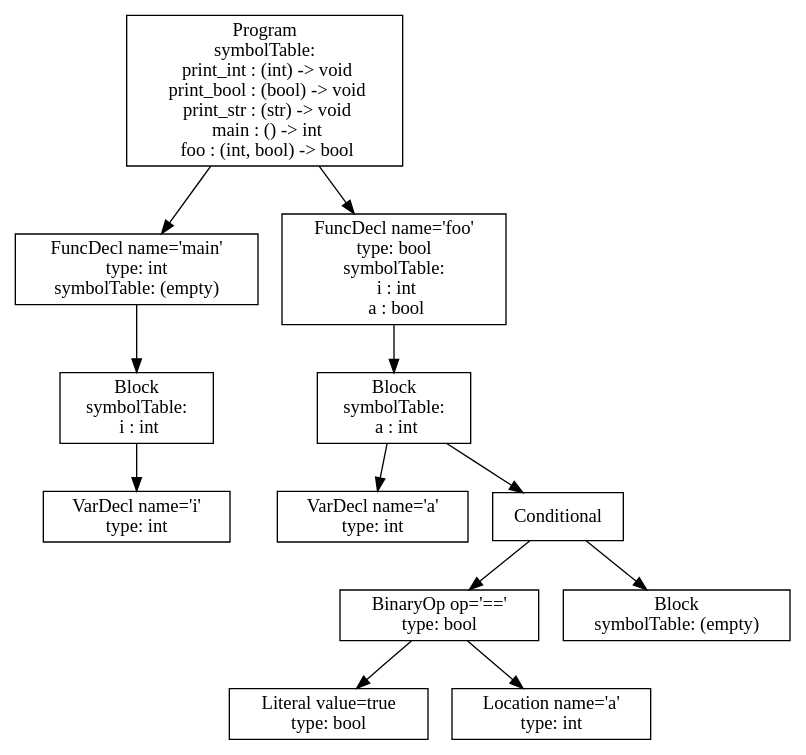
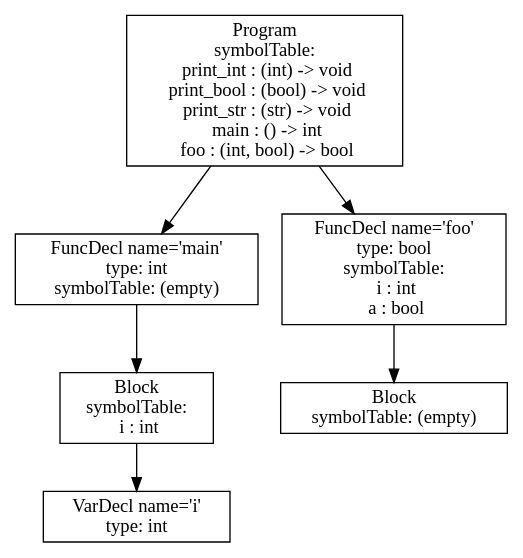
The diagram in ast.dot (vtstew/p3-analysis), drawn with Graphviz before and after one commit. The commit also changed 8 other files, not shown here.

```diff
--- a/ast.dot
+++ b/ast.dot
@@ -1,25 +1,13 @@
 digraph AST {
 3 [shape=box, label="VarDecl name='i'\ntype: int"];
 2 [shape=box, label="Block\nsymbolTable: \n  i : int"];
 2 -> 3;
 1 [shape=box, label="FuncDecl name='main'\ntype: int\nsymbolTable: (empty)"];
 1 -> 2;
-6 [shape=box, label="VarDecl name='a'\ntype: int"];
-9 [shape=box, label="Literal value=true\ntype: bool"];
-10 [shape=box, label="Location name='a'\ntype: int"];
-8 [shape=box, label="BinaryOp op='=='\ntype: bool"];
-8 -> 9;
-8 -> 10;
-11 [shape=box, label="Block\nsymbolTable: (empty)"];
-7 [shape=box, label="Conditional"];
-7 -> 8;
-7 -> 11;
-5 [shape=box, label="Block\nsymbolTable: \n  a : int"];
-5 -> 6;
-5 -> 7;
+5 [shape=box, label="Block\nsymbolTable: (empty)"];
 4 [shape=box, label="FuncDecl name='foo'\ntype: bool\nsymbolTable: \n  i : int\n  a : bool"];
 4 -> 5;
 0 [shape=box, label="Program\nsymbolTable: \n  print_int : (int) -> void\n  print_bool : (bool) -> void\n  print_str : (str) -> void\n  main : () -> int\n  foo : (int, bool) -> bool"];
 0 -> 1;
 0 -> 4;
 }
```
